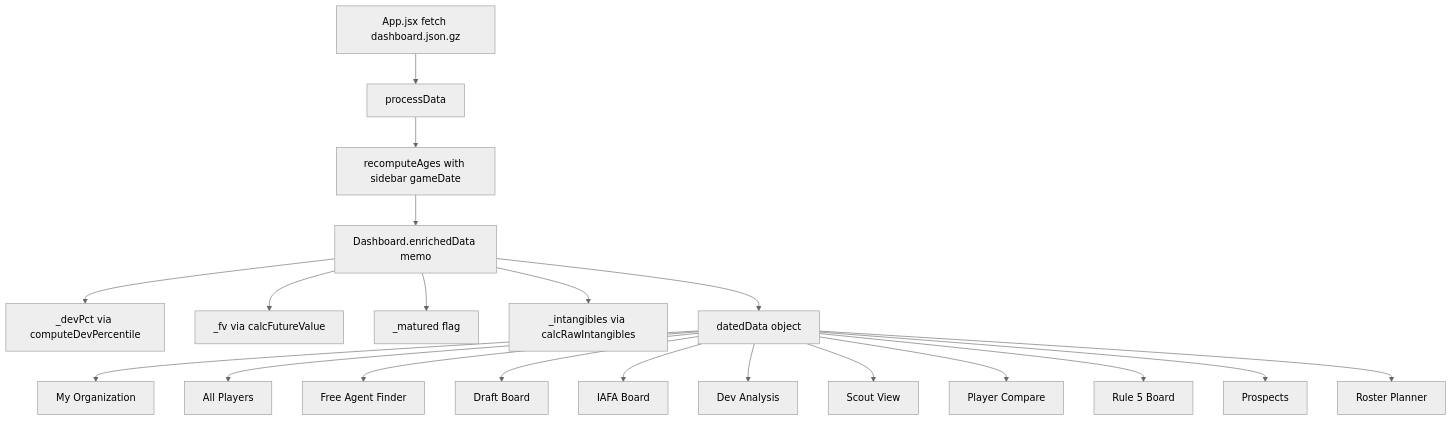
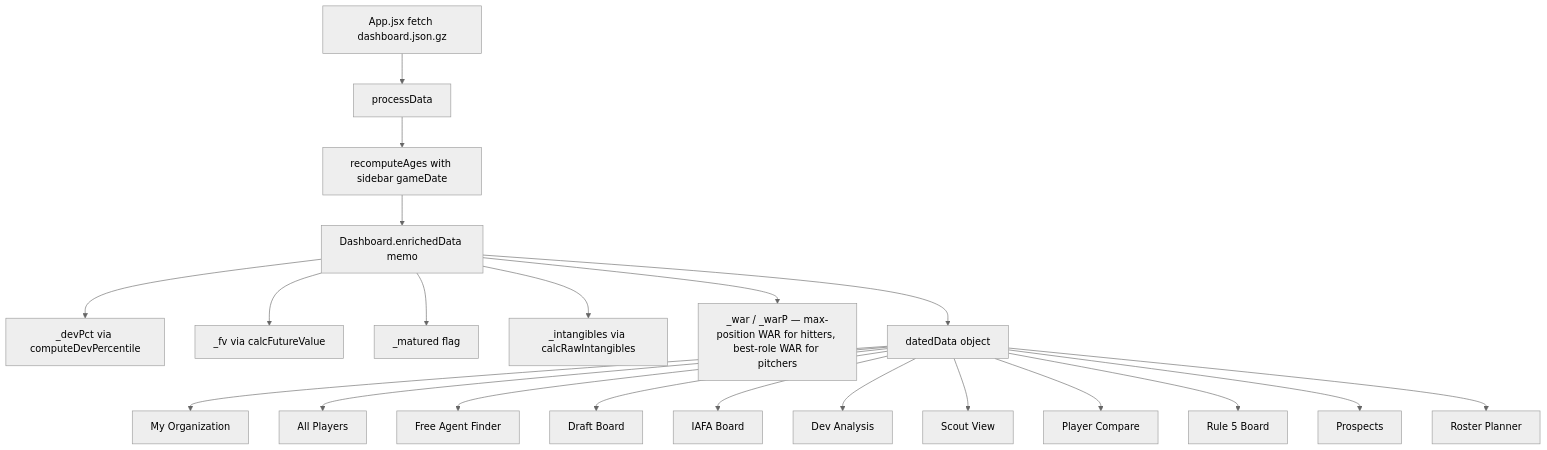
One commit to ootpalex/ootp-dashboard changed the second of 2 diagrams in docs/ARCHITECTURE.md. Above: the diagram before and after it, drawn with Mermaid (neutral theme). The commit also changed other lines of this file and 3 other files, not shown here.

First line of the commit message:
Docs: sync CHANGELOG + CLAUDE + ARCHITECTURE to v0.2.0 final state

````diff
--- a/docs/ARCHITECTURE.md
+++ b/docs/ARCHITECTURE.md
@@ -60,22 +60,23 @@
 ```mermaid
 flowchart TD
   FETCH[App.jsx fetch dashboard.json.gz] --> PD[processData]
   PD --> RA[recomputeAges with sidebar gameDate]
   RA --> EN[Dashboard.enrichedData memo]
   EN --> DP[_devPct via computeDevPercentile]
   EN --> FV[_fv via calcFutureValue]
   EN --> MAT[_matured flag]
   EN --> INT[_intangibles via calcRawIntangibles]
+  EN --> WAR[_war / _warP — max-position WAR for hitters, best-role WAR for pitchers]
   EN --> DD[datedData object]
   DD --> V1[My Organization]
   DD --> V2[All Players]
   DD --> V3[Free Agent Finder]
   DD --> V4[Draft Board]
   DD --> V5[IAFA Board]
   DD --> V6[Dev Analysis]
   DD --> V7[Scout View]
   DD --> V8[Player Compare]
   DD --> V9[Rule 5 Board]
   DD --> V10[Prospects]
   DD --> V11[Roster Planner]
 ```
````
